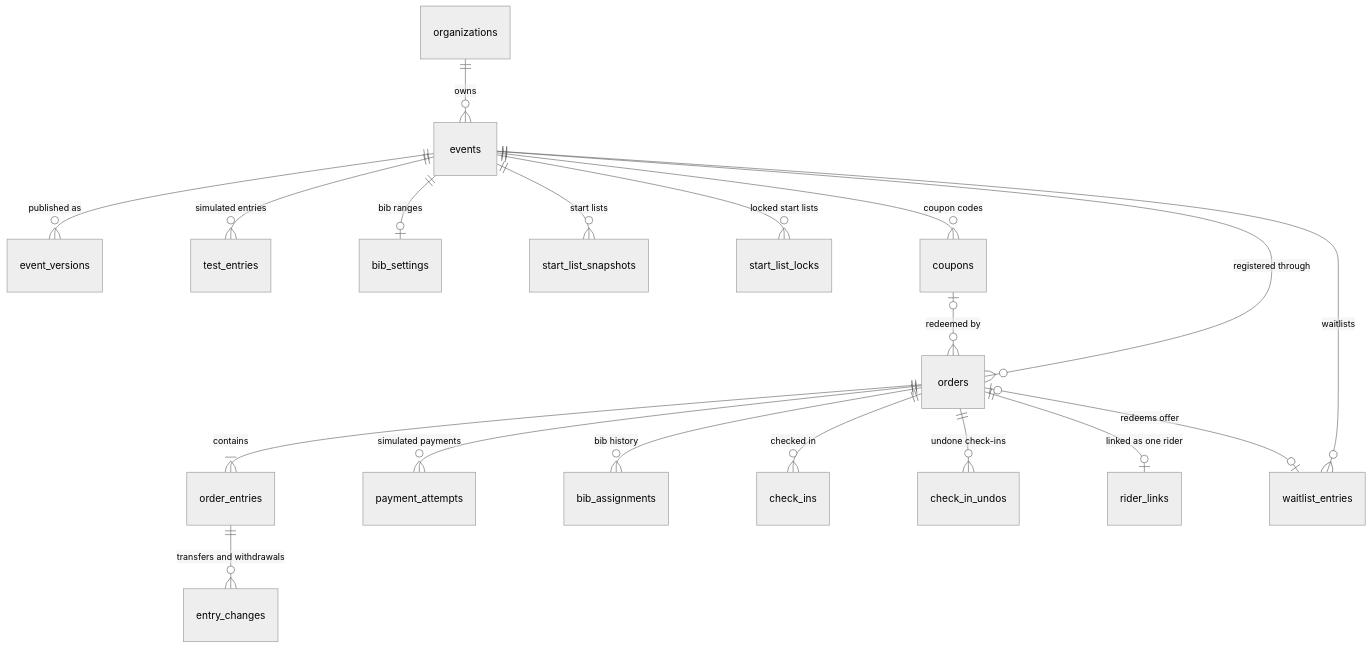
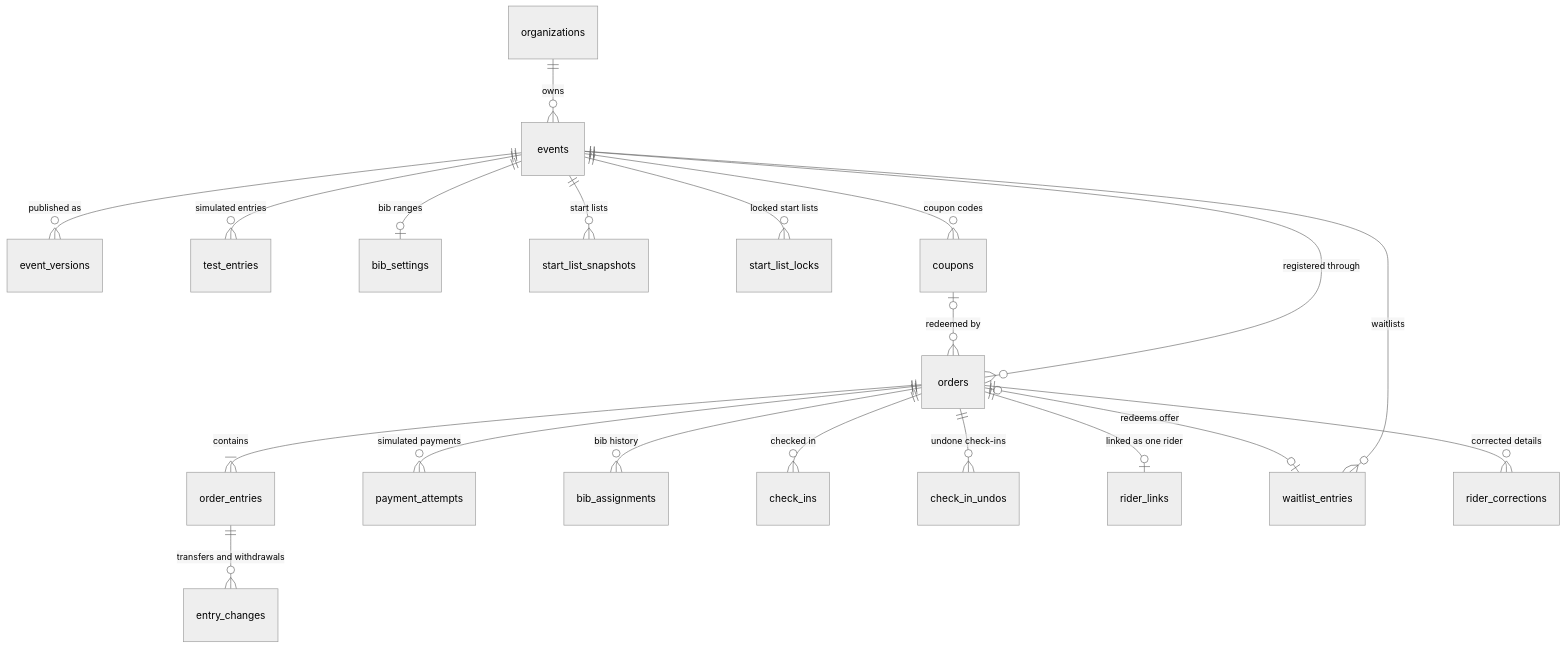
One commit to kchan1028/event-registration changed the first of 2 diagrams in DATA_MODEL.md. Above: the diagram before and after it, drawn with Mermaid (neutral theme). The commit also changed other lines of this file and 12 other files, not shown here.

First line of the commit message:
feat(registrations): registration lookup and audited rider corrections (#76)

````diff
--- a/DATA_MODEL.md
+++ b/DATA_MODEL.md
@@ -39,21 +40,22 @@
 ```mermaid
 erDiagram
     organizations ||--o{ events : owns
     events ||--o{ event_versions : "published as"
     events ||--o{ test_entries : "simulated entries"
     events ||--o{ orders : "registered through"
     orders ||--|{ order_entries : contains
     orders ||--o{ payment_attempts : "simulated payments"
     events ||--o| bib_settings : "bib ranges"
     orders ||--o{ bib_assignments : "bib history"
     orders ||--o{ check_ins : "checked in"
     orders ||--o{ check_in_undos : "undone check-ins"
     orders ||--o| rider_links : "linked as one rider"
     events ||--o{ start_list_snapshots : "start lists"
     events ||--o{ start_list_locks : "locked start lists"
     events ||--o{ waitlist_entries : "waitlists"
     orders |o--o| waitlist_entries : "redeems offer"
     order_entries ||--o{ entry_changes : "transfers and withdrawals"
     events ||--o{ coupons : "coupon codes"
     coupons |o--o{ orders : "redeemed by"
+    orders ||--o{ rider_corrections : "corrected details"
 ```
````
